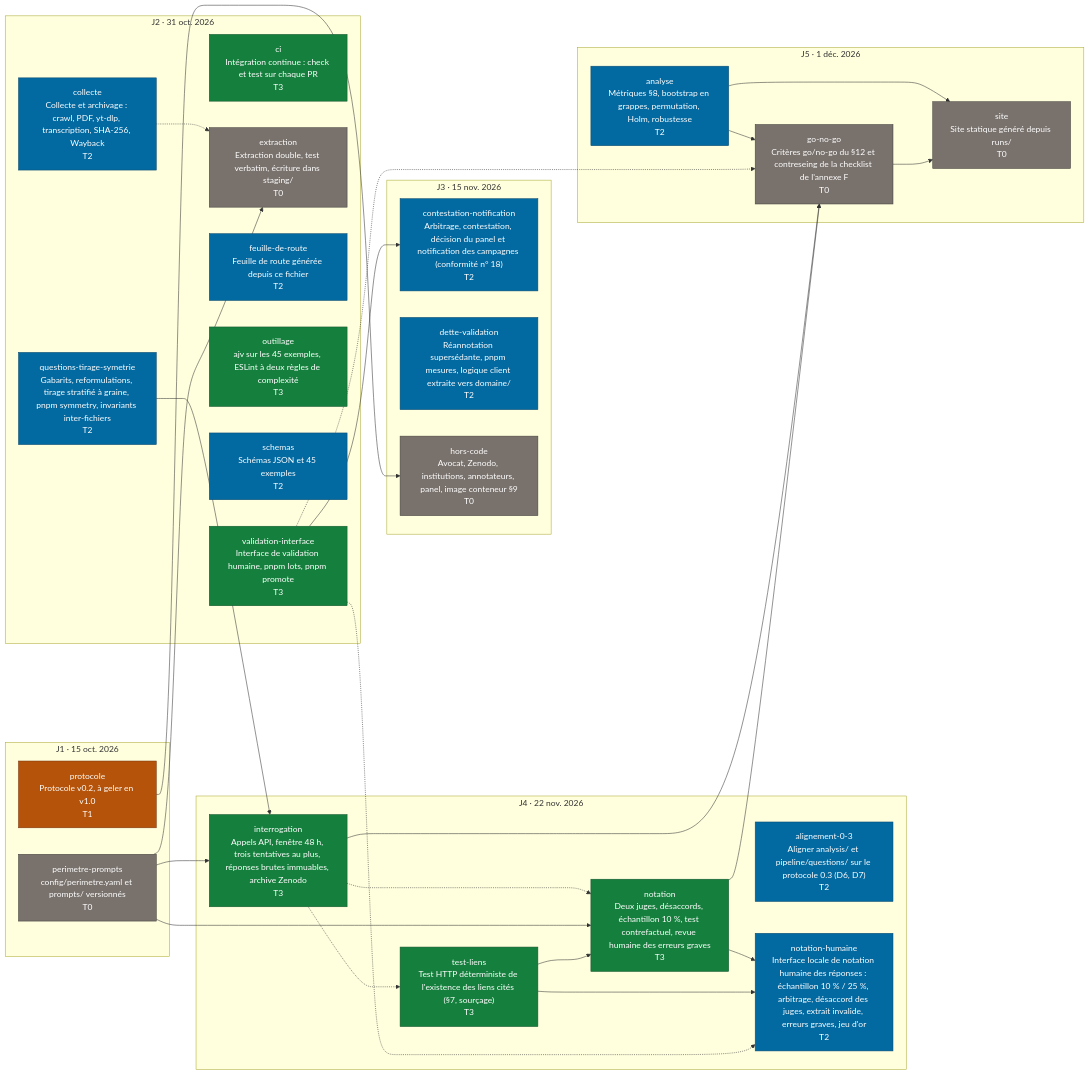
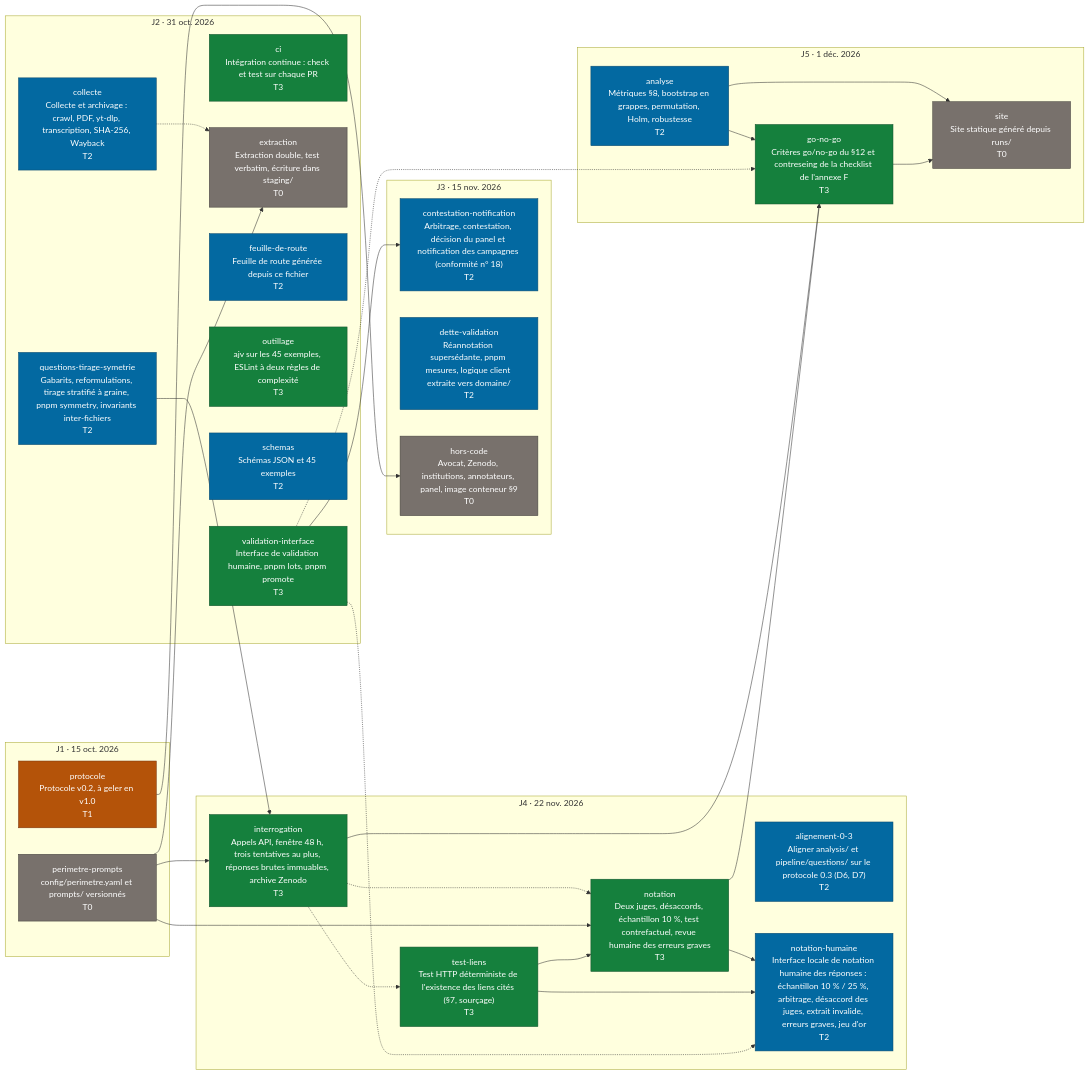
The diagram in docs/FEUILLE-DE-ROUTE.md (AzurNow/DEMOCRACIE_2027), drawn with Mermaid before and after one commit. The commit also changed other lines of this file and 1 other file, not shown here.

Commit message:
docs : lot go-no-go à T3 (PR #100)

````diff
--- a/docs/FEUILLE-DE-ROUTE.md
+++ b/docs/FEUILLE-DE-ROUTE.md
@@ -115,59 +115,59 @@
 ```mermaid
 flowchart LR
   subgraph jalon_J1["J1 · 15 oct. 2026"]
     lot_perimetre_prompts["perimetre-prompts<br/>config/perimetre.yaml et prompts/ versionnés<br/>T0"]:::T0
     lot_protocole["protocole<br/>Protocole v0.2, à geler en v1.0<br/>T1"]:::T1
   end
   subgraph jalon_J2["J2 · 31 oct. 2026"]
     lot_ci["ci<br/>Intégration continue : check et test sur chaque PR<br/>T3"]:::T3
     lot_collecte["collecte<br/>Collecte et archivage : crawl, PDF, yt-dlp, transcription, SHA-256, Wayback<br/>T2"]:::T2
     lot_extraction["extraction<br/>Extraction double, test verbatim, écriture dans staging/<br/>T0"]:::T0
     lot_feuille_de_route["feuille-de-route<br/>Feuille de route générée depuis ce fichier<br/>T2"]:::T2
     lot_outillage["outillage<br/>ajv sur les 45 exemples, ESLint à deux règles de complexité<br/>T3"]:::T3
     lot_questions_tirage_symetrie["questions-tirage-symetrie<br/>Gabarits, reformulations, tirage stratifié à graine, pnpm symmetry, invariants inter-fichiers<br/>T2"]:::T2
     lot_schemas["schemas<br/>Schémas JSON et 45 exemples<br/>T2"]:::T2
     lot_validation_interface["validation-interface<br/>Interface de validation humaine, pnpm lots, pnpm promote<br/>T3"]:::T3
   end
   subgraph jalon_J3["J3 · 15 nov. 2026"]
     lot_contestation_notification["contestation-notification<br/>Arbitrage, contestation, décision du panel et notification des campagnes (conformité n° 18)<br/>T2"]:::T2
     lot_dette_validation["dette-validation<br/>Réannotation supersédante, pnpm mesures, logique client extraite vers domaine/<br/>T2"]:::T2
     lot_hors_code["hors-code<br/>Avocat, Zenodo, institutions, annotateurs, panel, image conteneur §9<br/>T0"]:::T0
   end
   subgraph jalon_J4["J4 · 22 nov. 2026"]
     lot_alignement_0_3["alignement-0-3<br/>Aligner analysis/ et pipeline/questions/ sur le protocole 0.3 (D6, D7)<br/>T2"]:::T2
     lot_interrogation["interrogation<br/>Appels API, fenêtre 48 h, trois tentatives au plus, réponses brutes immuables, archive Zenodo<br/>T3"]:::T3
     lot_notation["notation<br/>Deux juges, désaccords, échantillon 10 %, test contrefactuel, revue humaine des erreurs graves<br/>T3"]:::T3
     lot_notation_humaine["notation-humaine<br/>Interface locale de notation humaine des réponses : échantillon 10 % / 25 %, arbitrage, désaccord des juges, extrait invalide, erreurs graves, jeu d'or<br/>T2"]:::T2
     lot_test_liens["test-liens<br/>Test HTTP déterministe de l'existence des liens cités (§7, sourçage)<br/>T3"]:::T3
   end
   subgraph jalon_J5["J5 · 1 déc. 2026"]
     lot_analyse["analyse<br/>Métriques §8, bootstrap en grappes, permutation, Holm, robustesse<br/>T2"]:::T2
-    lot_go_no_go["go-no-go<br/>Critères go/no-go du §12 et contreseing de la checklist de l'annexe F<br/>T0"]:::T0
+    lot_go_no_go["go-no-go<br/>Critères go/no-go du §12 et contreseing de la checklist de l'annexe F<br/>T3"]:::T3
     lot_site["site<br/>Site statique généré depuis runs/<br/>T0"]:::T0
   end
   lot_validation_interface --> lot_contestation_notification
   lot_collecte -.-> lot_extraction
   lot_perimetre_prompts --> lot_extraction
   lot_analyse --> lot_go_no_go
   lot_interrogation --> lot_go_no_go
   lot_notation --> lot_go_no_go
   lot_validation_interface -.-> lot_go_no_go
   lot_protocole --> lot_hors_code
   lot_perimetre_prompts --> lot_interrogation
   lot_questions_tirage_symetrie --> lot_interrogation
   lot_interrogation -.-> lot_notation
   lot_perimetre_prompts --> lot_notation
   lot_test_liens --> lot_notation
   lot_notation --> lot_notation_humaine
   lot_test_liens --> lot_notation_humaine
   lot_validation_interface -.-> lot_notation_humaine
   lot_analyse --> lot_site
   lot_go_no_go --> lot_site
   lot_interrogation -.-> lot_test_liens
   classDef T0 fill:#78716c,color:#ffffff,stroke:#44403c
   classDef T1 fill:#b45309,color:#ffffff,stroke:#78350f
   classDef T2 fill:#0369a1,color:#ffffff,stroke:#0c4a6e
   classDef T3 fill:#15803d,color:#ffffff,stroke:#14532d
   classDef T4 fill:#1d4ed8,color:#ffffff,stroke:#1e3a8a
   classDef decision fill:#b91c1c,color:#ffffff,stroke:#7f1d1d
 ```
````
